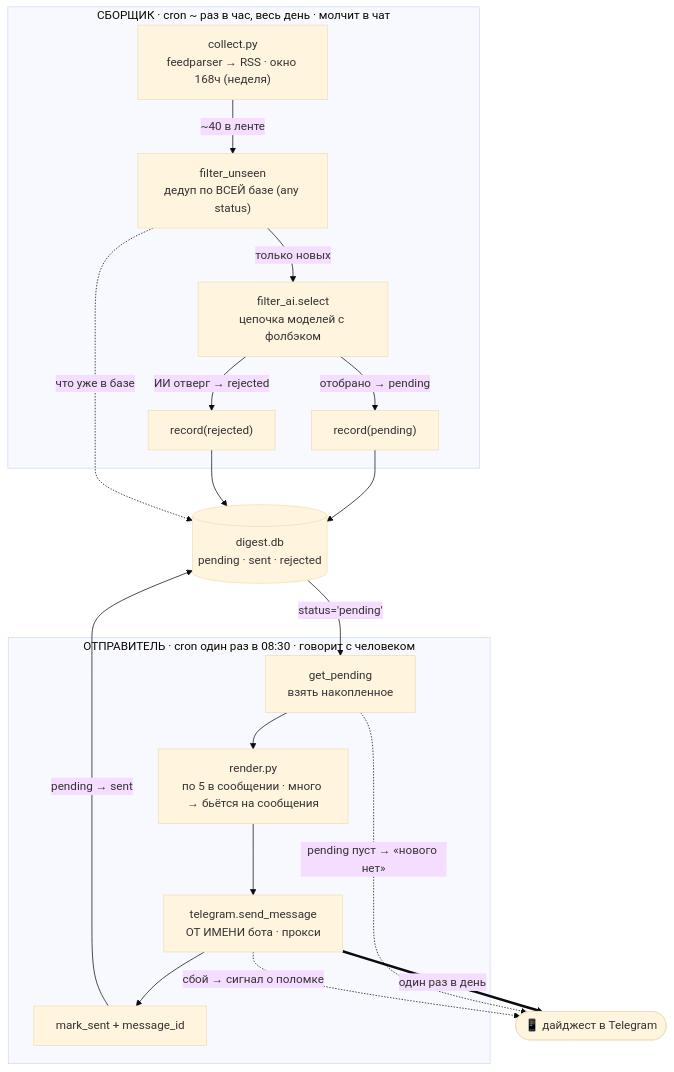
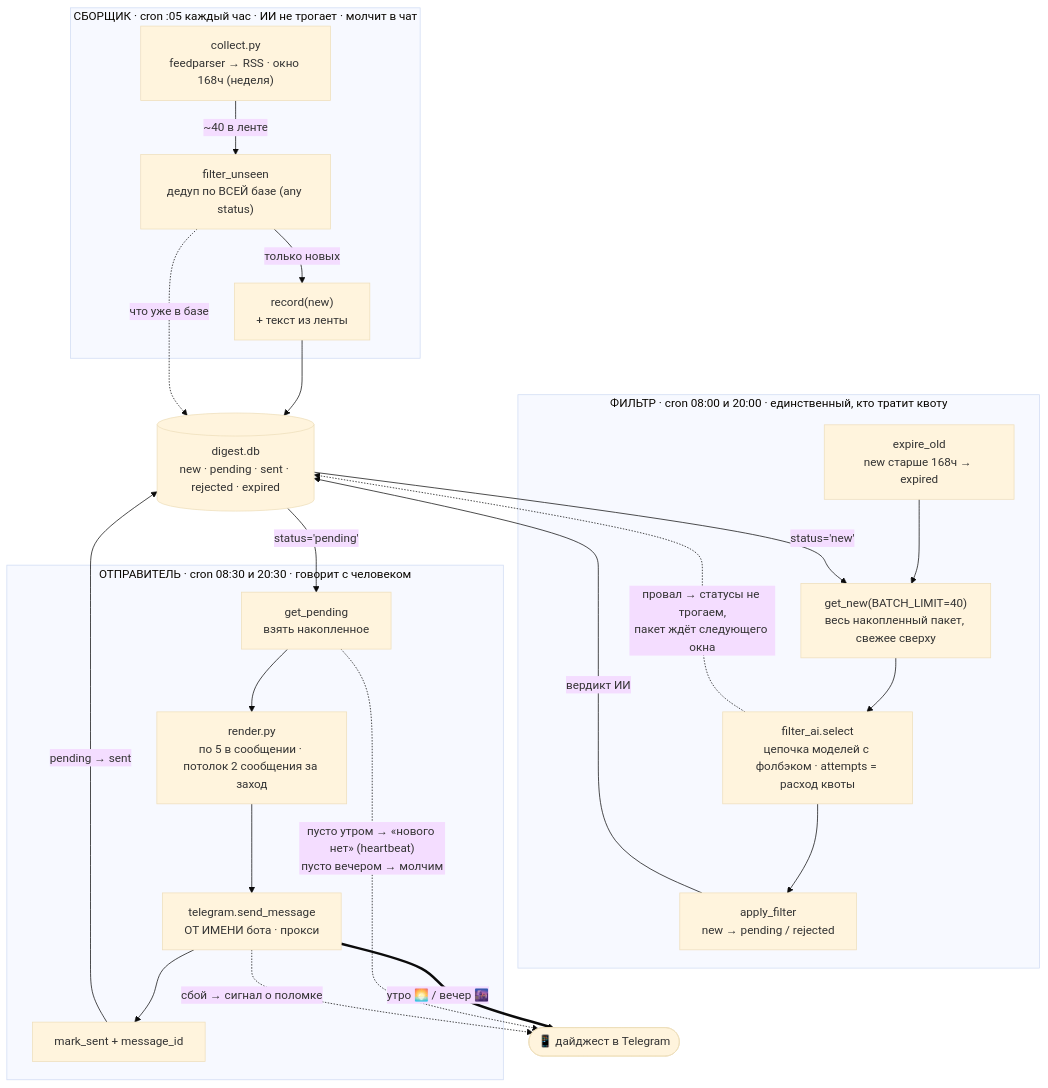
The first of 2 diagrams in СХЕМА.md (vladburba/svc-digest), drawn with Mermaid (base theme) before and after one commit. The commit also changed other lines of this file and 7 other files, not shown here.

First line of the commit message:
svc-digest: ИИ-отбор вынесен из сборщика в отдельную работу filter

````diff
--- a/СХЕМА.md
+++ b/СХЕМА.md
@@ -11,29 +18,36 @@
 ```mermaid
 flowchart TB
-    subgraph СБОРЩИК["СБОРЩИК · cron ~ раз в час, весь день · молчит в чат"]
+    subgraph СБОРЩИК["СБОРЩИК · cron :05 каждый час · ИИ не трогает · молчит в чат"]
         C1["collect.py<br/>feedparser → RSS · окно 168ч (неделя)"]
         C2["filter_unseen<br/>дедуп по ВСЕЙ базе (any status)"]
-        C3["filter_ai.select<br/>цепочка моделей с фолбэком"]
-        C1 -->|"~40 в ленте"| C2 -->|"только новых"| C3
-        C3 -->|"отобрано → pending"| WP["record(pending)"]
-        C3 -->|"ИИ отверг → rejected"| WR["record(rejected)"]
+        C1 -->|"~40 в ленте"| C2 -->|"только новых"| WN["record(new)<br/>+ текст из ленты"]
     end
 
-    DB[("digest.db<br/>pending · sent · rejected")]
-    WP --> DB
-    WR --> DB
+    DB[("digest.db<br/>new · pending · sent · rejected · expired")]
+    WN --> DB
     C2 -.->|"что уже в базе"| DB
 
-    subgraph ОТПРАВИТЕЛЬ["ОТПРАВИТЕЛЬ · cron один раз в 08:30 · говорит с человеком"]
+    subgraph ФИЛЬТР["ФИЛЬТР · cron 08:00 и 20:00 · единственный, кто тратит квоту"]
+        F0["expire_old<br/>new старше 168ч → expired"]
+        F1["get_new(BATCH_LIMIT=40)<br/>весь накопленный пакет, свежее сверху"]
+        F2["filter_ai.select<br/>цепочка моделей с фолбэком · attempts = расход квоты"]
+        F3["apply_filter<br/>new → pending / rejected"]
+        F0 --> F1 --> F2 --> F3
+    end
+    DB -->|"status='new'"| F1
+    F3 -->|"вердикт ИИ"| DB
+    F2 -.->|"провал → статусы не трогаем,<br/>пакет ждёт следующего окна"| DB
+
+    subgraph ОТПРАВИТЕЛЬ["ОТПРАВИТЕЛЬ · cron 08:30 и 20:30 · говорит с человеком"]
         S1["get_pending<br/>взять накопленное"]
-        S2["render.py<br/>по 5 в сообщении · много → бьётся на сообщения"]
+        S2["render.py<br/>по 5 в сообщении · потолок 2 сообщения за заход"]
         S3["telegram.send_message<br/>ОТ ИМЕНИ бота · прокси"]
         S4["mark_sent + message_id"]
         S1 --> S2 --> S3 --> S4
     end
     DB -->|"status='pending'"| S1
     S4 -->|"pending → sent"| DB
-    S3 ==>|"один раз в день"| TG([📱 дайджест в Telegram])
-    S1 -.->|"pending пуст → «нового нет»"| TG
+    S3 ==>|"утро 🌅 / вечер 🌆"| TG([📱 дайджест в Telegram])
+    S1 -.->|"пусто утром → «нового нет» (heartbeat)<br/>пусто вечером → молчим"| TG
     S3 -.->|"сбой → сигнал о поломке"| TG
 ```
````
